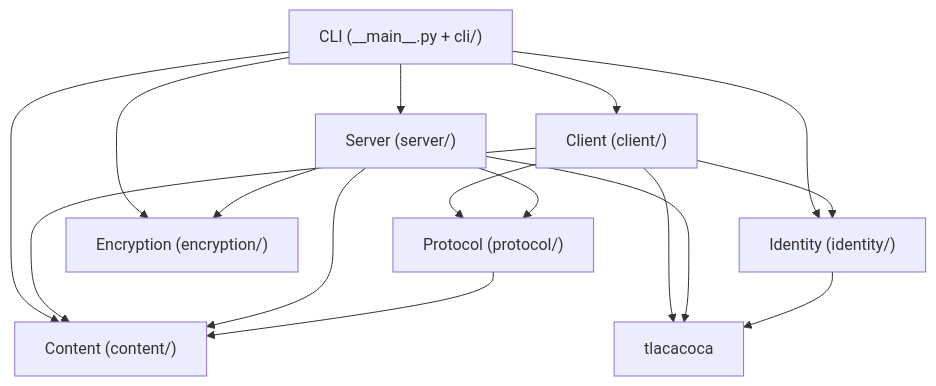
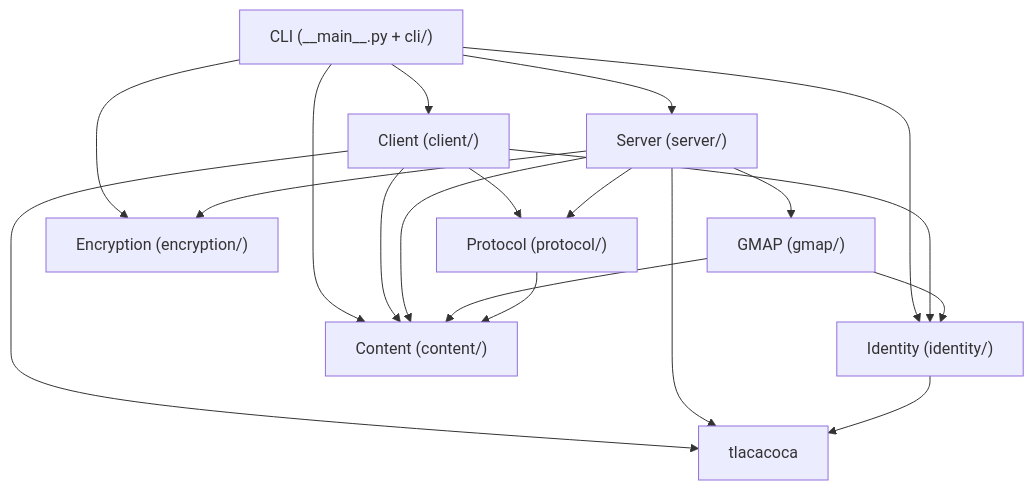
One commit to alanbato/titlani changed the diagram in docs/explanation/architecture.md. Above: the diagram before and after it, drawn with Mermaid. The commit also changed other lines of this file and 21 other files, not shown here.

````diff
--- a/docs/explanation/architecture.md
+++ b/docs/explanation/architecture.md
@@ -7,27 +7,32 @@
 ```mermaid
 graph TB
     CLI["CLI (__main__.py + cli/)"]
     Client["Client (client/)"]
     Server["Server (server/)"]
     Identity["Identity (identity/)"]
     Content["Content (content/)"]
     Protocol["Protocol (protocol/)"]
     Encryption["Encryption (encryption/)"]
     Tlacacoca["tlacacoca"]
+
+    GMAP["GMAP (gmap/)"]
 
     CLI --> Client
     CLI --> Server
     CLI --> Identity
     CLI --> Content
     CLI --> Encryption
     Client --> Protocol
     Client --> Content
     Client --> Identity
     Client --> Tlacacoca
     Server --> Protocol
     Server --> Content
     Server --> Encryption
+    Server --> GMAP
     Server --> Tlacacoca
+    GMAP --> Content
+    GMAP --> Identity
     Protocol --> Content
     Identity --> Tlacacoca
 ```
````
